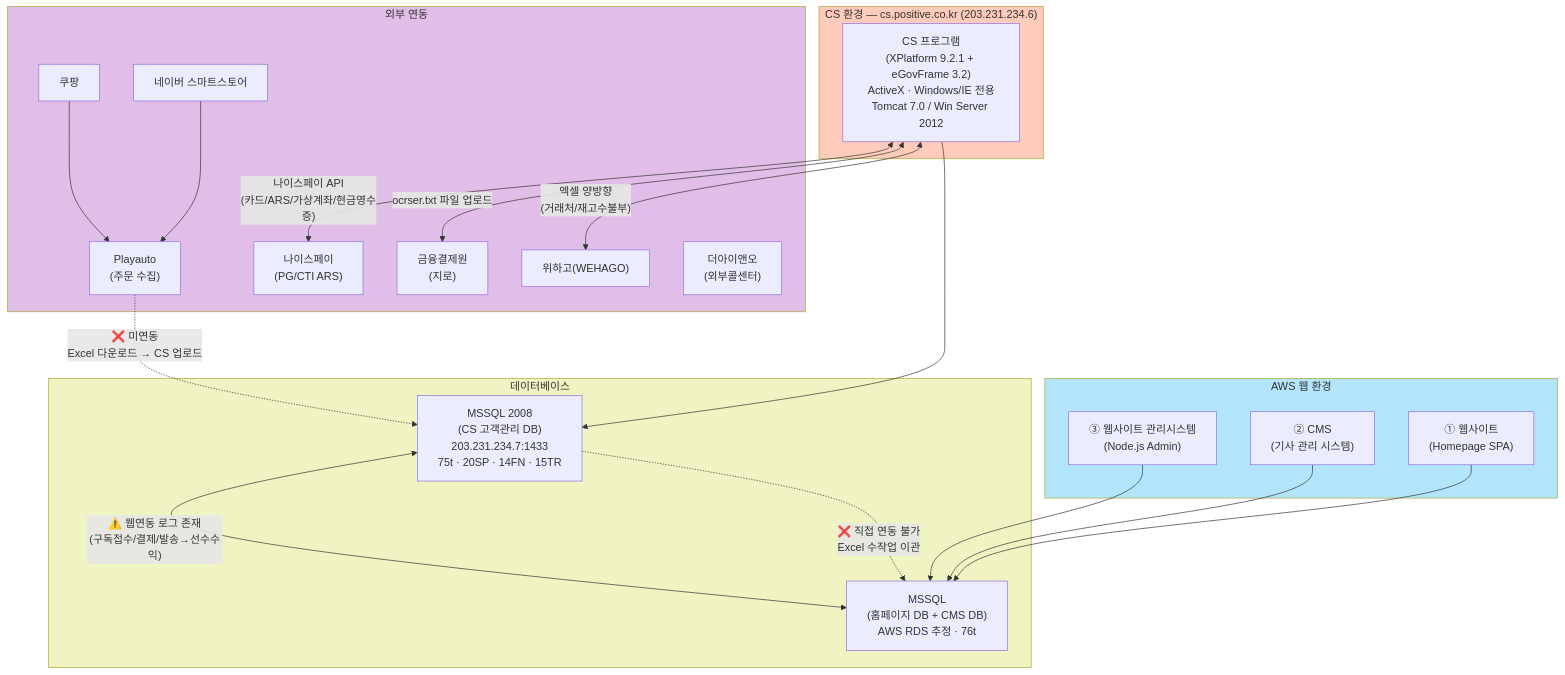
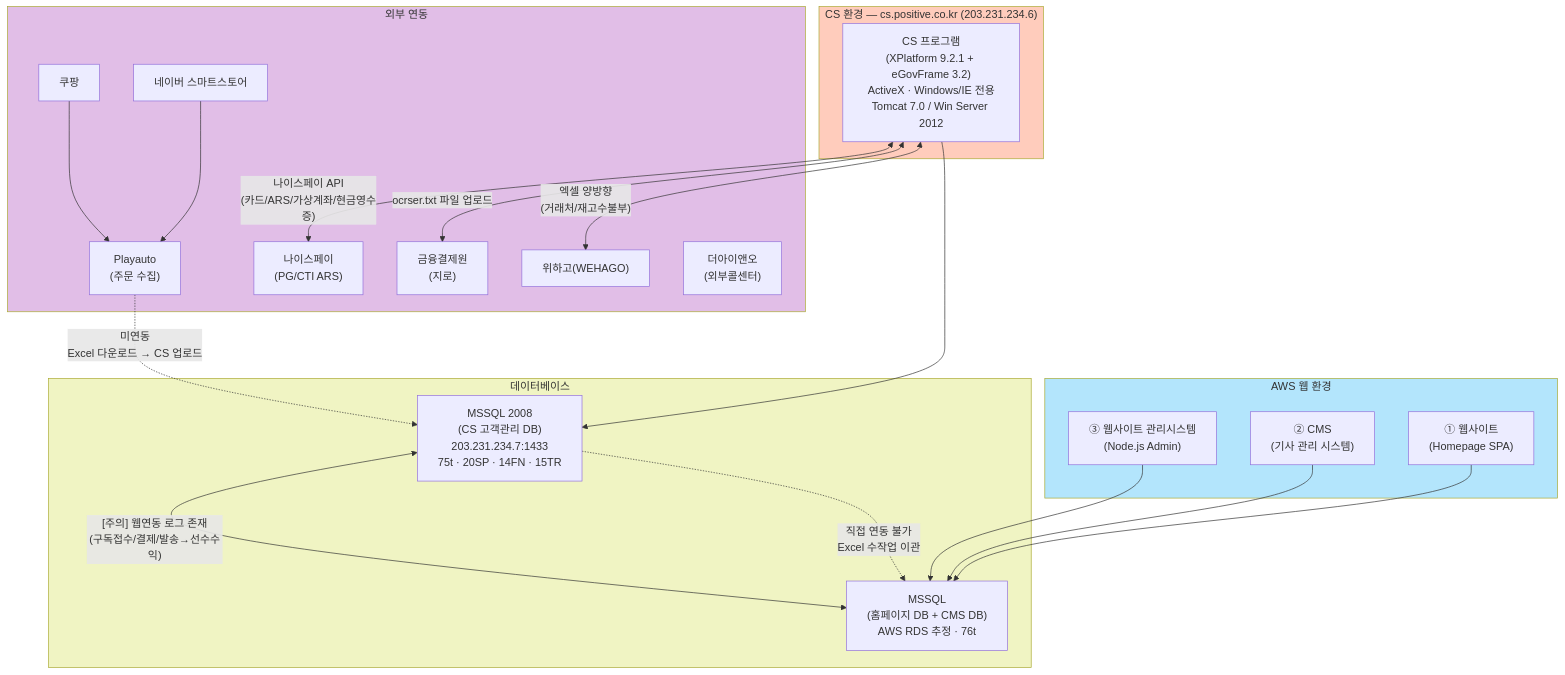
The first of 6 diagrams in src/content/docs/goodthinking-isp/02-analysis/system-diagnosis.md (sknkwoxs/manual-book), drawn with Mermaid before and after one commit. The commit also changed other lines of this file and 38 other files, not shown here.

````diff
--- a/src/content/docs/goodthinking-isp/02-analysis/system-diagnosis.md
+++ b/src/content/docs/goodthinking-isp/02-analysis/system-diagnosis.md
@@ -38,47 +38,47 @@
 ```mermaid
 graph TD
     subgraph CS["CS 환경 — cs.positive.co.kr (203.231.234.6)"]
         A["CS 프로그램<br/>(XPlatform 9.2.1 + eGovFrame 3.2)<br/>ActiveX · Windows/IE 전용<br/>Tomcat 7.0 / Win Server 2012"]
     end
 
     subgraph AWS["AWS 웹 환경"]
         B1["① 웹사이트<br/>(Homepage SPA)"]
         B2["② CMS<br/>(기사 관리 시스템)"]
         B3["③ 웹사이트 관리시스템<br/>(Node.js Admin)"]
     end
 
     subgraph EXT["외부 연동"]
         E1["네이버 스마트스토어"]
         E2["쿠팡"]
         E3["Playauto<br/>(주문 수집)"]
         E4["나이스페이<br/>(PG/CTI ARS)"]
         E5["금융결제원<br/>(지로)"]
         E6["위하고(WEHAGO)"]
         E7["더아이앤오<br/>(외부콜센터)"]
     end
 
     subgraph DB["데이터베이스"]
         C["MSSQL 2008<br/>(CS 고객관리 DB)<br/>203.231.234.7:1433<br/>75t · 20SP · 14FN · 15TR"]
         D["MSSQL<br/>(홈페이지 DB + CMS DB)<br/>AWS RDS 추정 · 76t"]
     end
 
     A --> C
     B1 --> D
     B2 --> D
     B3 --> D
 
     A <-->|"나이스페이 API<br/>(카드/ARS/가상계좌/현금영수증)"| E4
     A <-->|"ocrser.txt 파일 업로드"| E5
     A <-->|"엑셀 양방향<br/>(거래처/재고수불부)"| E6
     E1 --> E3
     E2 --> E3
 
-    C -.->|"❌ 직접 연동 불가<br/>Excel 수작업 이관"| D
-    C <-->|"⚠️ 웹연동 로그 존재<br/>(구독접수/결제/발송→선수수익)"| D
-    E3 -.->|"❌ 미연동<br/>Excel 다운로드 → CS 업로드"| C
+    C -.->|"직접 연동 불가<br/>Excel 수작업 이관"| D
+    C <-->|"[주의] 웹연동 로그 존재<br/>(구독접수/결제/발송→선수수익)"| D
+    E3 -.->|"미연동<br/>Excel 다운로드 → CS 업로드"| C
 
     style CS fill:#ffccbc
     style AWS fill:#b3e5fc
     style EXT fill:#e1bee7
     style DB fill:#f0f4c3
 ```
````
